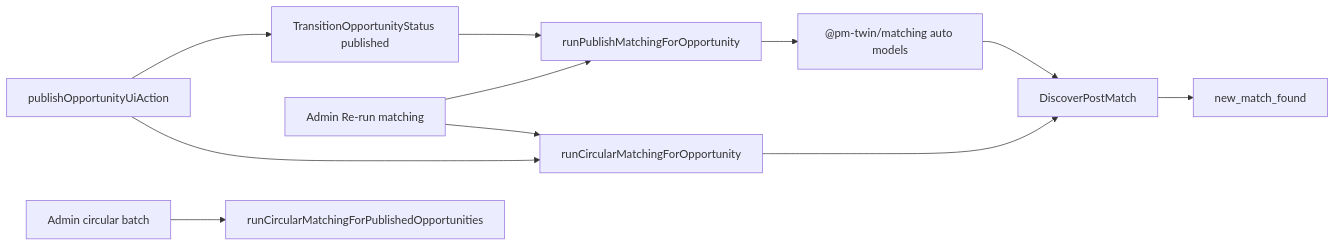
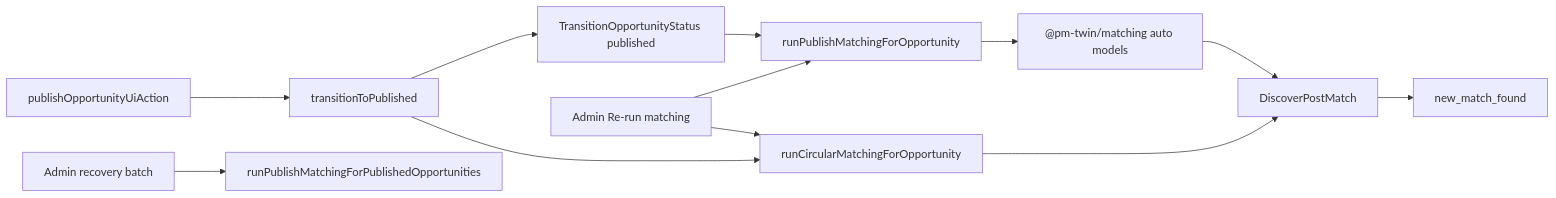
The diagram in docs/workflow/matching-workflow.md (Mabdelmofdy/PMtwin1), drawn with Mermaid before and after one commit. The commit also changed other lines of this file and 11 other files, not shown here.

First line of the commit message:
feat: streamline opportunity publishing and matching process

````diff
--- a/docs/workflow/matching-workflow.md
+++ b/docs/workflow/matching-workflow.md
@@ -17,13 +17,14 @@
 ```mermaid
 flowchart LR
-  PublishUI[publishOpportunityUiAction] --> Transition[TransitionOpportunityStatus published]
-  Transition --> Auto[runPublishMatchingForOpportunity]
+  PublishUI[publishOpportunityUiAction] --> Service[transitionToPublished]
+  Service --> Trans[TransitionOpportunityStatus published]
+  Trans --> Auto[runPublishMatchingForOpportunity]
   Auto --> Engine["@pm-twin/matching auto models"]
   Engine --> Discover[DiscoverPostMatch]
   Discover --> Notify[new_match_found]
-  PublishUI --> Circular[runCircularMatchingForOpportunity]
+  Service --> Circular[runCircularMatchingForOpportunity]
   Circular --> Discover
   AdminRerun[Admin Re-run matching] --> Auto
   AdminRerun --> Circular
-  AdminBatch[Admin circular batch] --> BatchCircular[runCircularMatchingForPublishedOpportunities]
+  AdminBatch[Admin recovery batch] --> BatchPublish[runPublishMatchingForPublishedOpportunities]
 ```
````
